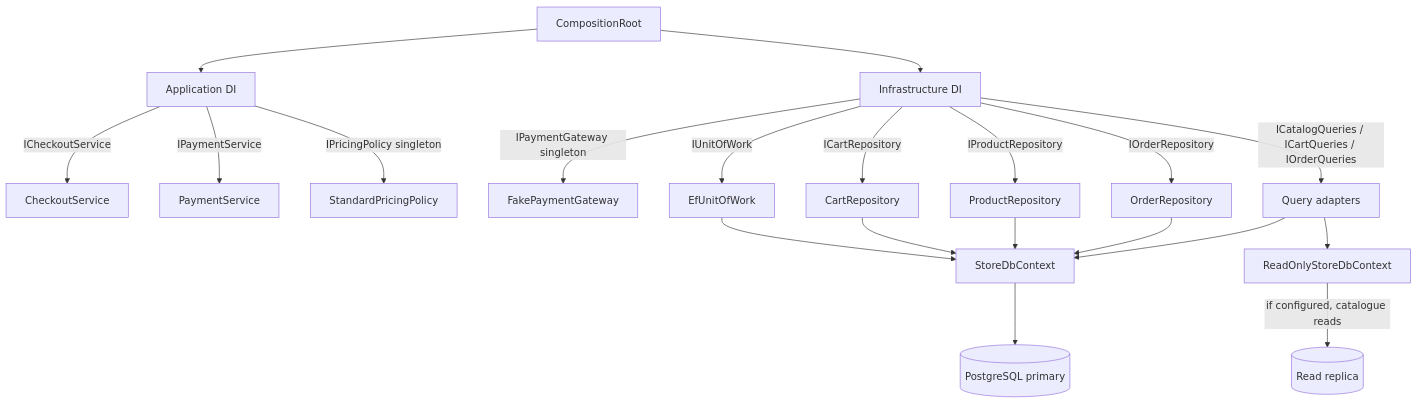
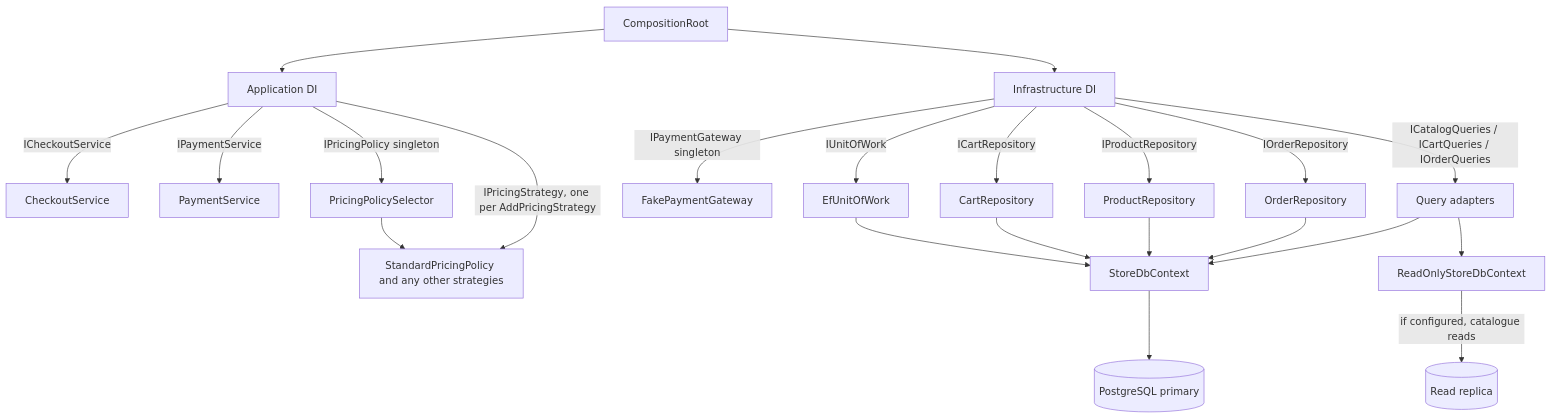
Before and after one commit to Abhishek-pers/IPL-Merchandise: the tenth of 10 diagrams in docs/12-design-guide.md, drawn with Mermaid. The commit also changed other lines of this file and 6 other files, not shown here.

First line of the commit message:
feat(pricing): register several pricing strategies side by side

````diff
--- a/docs/12-design-guide.md
+++ b/docs/12-design-guide.md
@@ -782,22 +809,24 @@
 ```mermaid
 flowchart TB
     Root[CompositionRoot] --> AppDI[Application DI]
     Root --> InfraDI[Infrastructure DI]
     AppDI -->|ICheckoutService| Checkout[CheckoutService]
     AppDI -->|IPaymentService| Payment[PaymentService]
-    AppDI -->|IPricingPolicy singleton| Pricing[StandardPricingPolicy]
+    AppDI -->|IPricingPolicy singleton| Selector[PricingPolicySelector]
+    AppDI -->|IPricingStrategy, one per AddPricingStrategy| Strategies[StandardPricingPolicy and any other strategies]
+    Selector --> Strategies
     InfraDI -->|IPaymentGateway singleton| Gateway[FakePaymentGateway]
     InfraDI -->|IUnitOfWork| Uow[EfUnitOfWork]
     InfraDI -->|ICartRepository| CartRepo[CartRepository]
     InfraDI -->|IProductRepository| ProductRepo[ProductRepository]
     InfraDI -->|IOrderRepository| OrderRepo[OrderRepository]
     InfraDI -->|ICatalogQueries / ICartQueries / IOrderQueries| QueryAdapters[Query adapters]
     Uow --> WriteDb[StoreDbContext]
     CartRepo --> WriteDb
     ProductRepo --> WriteDb
     OrderRepo --> WriteDb
     QueryAdapters --> WriteDb
     QueryAdapters --> ReadDb[ReadOnlyStoreDbContext]
     WriteDb --> Primary[(PostgreSQL primary)]
     ReadDb -->|if configured, catalogue reads| Replica[(Read replica)]
 ```
````
